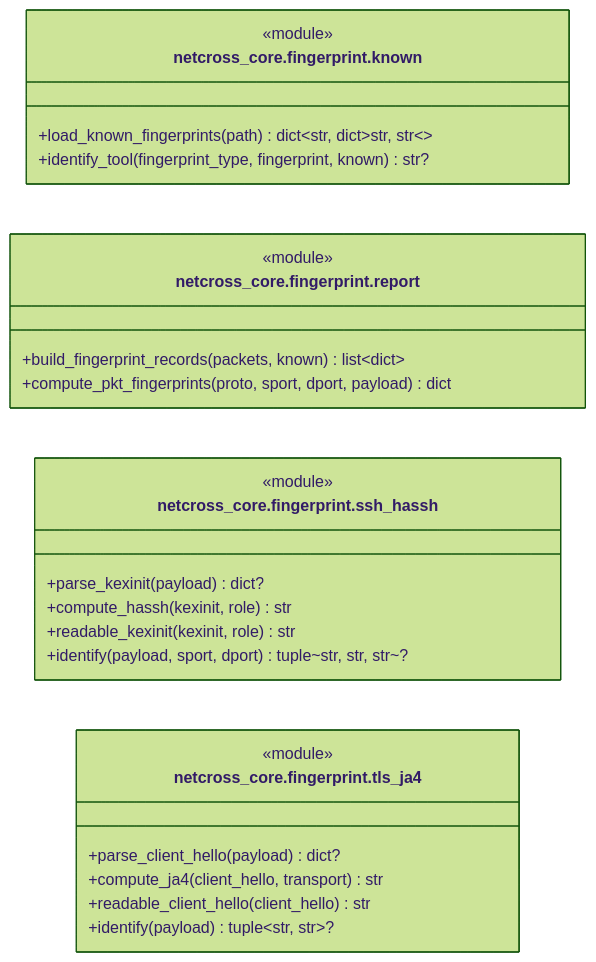
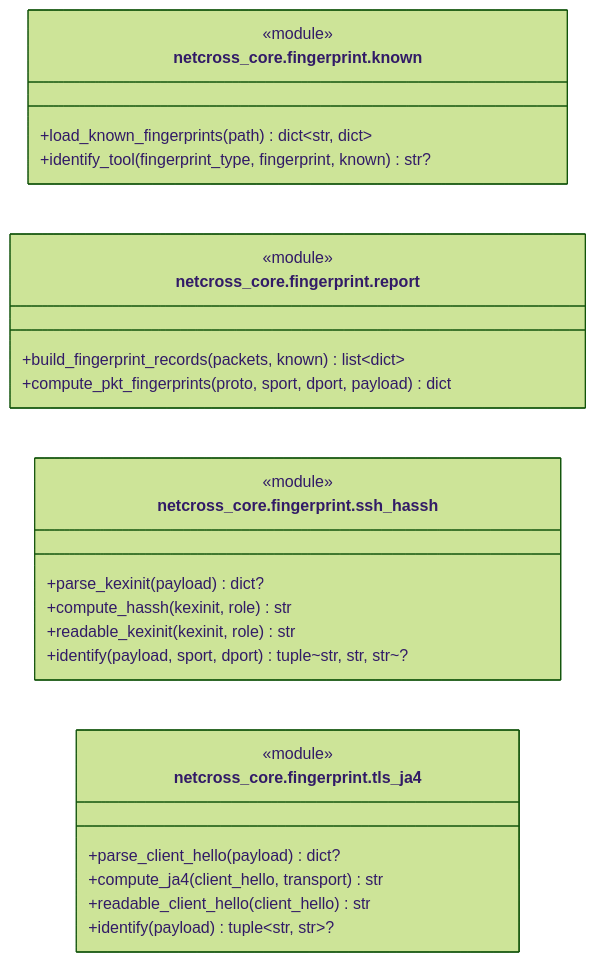
Before and after one commit to MathildeDec/Netcross: the eighth of 16 diagrams in docs/class-diagram.md, drawn with Mermaid (forest theme). The commit also changed other lines of this file and 9 other files, not shown here.

````diff
--- a/docs/class-diagram.md
+++ b/docs/class-diagram.md
@@ -1675,36 +1675,36 @@
 ```mermaid
 classDiagram
     direction LR
 
     %% ===== netcross_core.fingerprint.known =====
     class mod_netcross_core_fingerprint_known["netcross_core.fingerprint.known"] {
         <<module>>
-        +load_known_fingerprints(path) dict~str, dict~str, str~~
+        +load_known_fingerprints(path) dict~str, dict~
         +identify_tool(fingerprint_type, fingerprint, known) str?
     }
 
     %% ===== netcross_core.fingerprint.report =====
     class mod_netcross_core_fingerprint_report["netcross_core.fingerprint.report"] {
         <<module>>
         +build_fingerprint_records(packets, known) list~dict~
         +compute_pkt_fingerprints(proto, sport, dport, payload) dict
     }
 
     %% ===== netcross_core.fingerprint.ssh_hassh =====
     class mod_netcross_core_fingerprint_ssh_hassh["netcross_core.fingerprint.ssh_hassh"] {
         <<module>>
         +parse_kexinit(payload) dict?
         +compute_hassh(kexinit, role) str
         +readable_kexinit(kexinit, role) str
         +identify(payload, sport, dport) tuple~str, str, str~?
     }
 
     %% ===== netcross_core.fingerprint.tls_ja4 =====
     class mod_netcross_core_fingerprint_tls_ja4["netcross_core.fingerprint.tls_ja4"] {
         <<module>>
         +parse_client_hello(payload) dict?
         +compute_ja4(client_hello, transport) str
         +readable_client_hello(client_hello) str
         +identify(payload) tuple~str, str~?
     }
 ```
````
